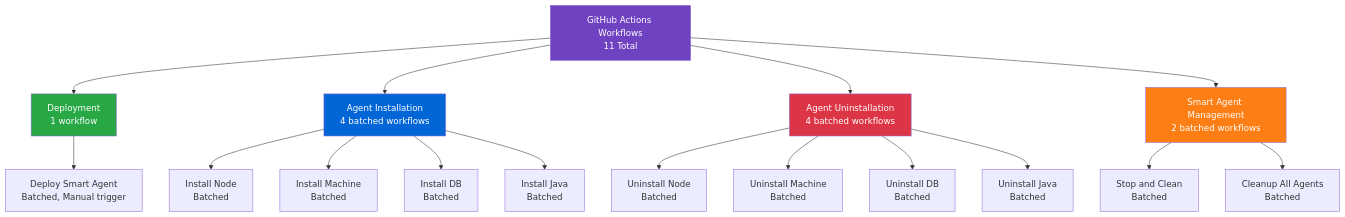
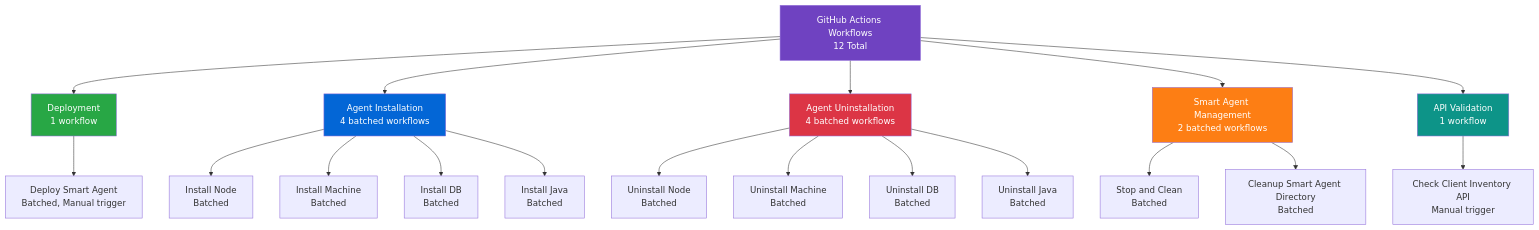
Before and after one commit to chambear2809/github-actions-lab: the fourth of 7 diagrams in ARCHITECTURE.md, drawn with Mermaid. The commit also changed other lines of this file and 24 other files, not shown here.

Commit message:
Add client inventory API checks

````diff
--- a/ARCHITECTURE.md
+++ b/ARCHITECTURE.md
@@ -94,30 +94,34 @@
 ```mermaid
 graph TD
-    Root[GitHub Actions Workflows<br/>11 Total]
+    Root[GitHub Actions Workflows<br/>12 Total]
     
     Root --> Deploy[Deployment<br/>1 workflow]
     Root --> Install[Agent Installation<br/>4 batched workflows]
     Root --> Uninstall[Agent Uninstallation<br/>4 batched workflows]
     Root --> Manage[Smart Agent Management<br/>2 batched workflows]
+    Root --> Api[API Validation<br/>1 workflow]
 
     Deploy --> D1[Deploy Smart Agent<br/>Batched, Manual trigger]
     
     Install --> I1[Install Node<br/>Batched]
     Install --> I2[Install Machine<br/>Batched]
     Install --> I3[Install DB<br/>Batched]
     Install --> I4[Install Java<br/>Batched]
     
     Uninstall --> U1[Uninstall Node<br/>Batched]
     Uninstall --> U2[Uninstall Machine<br/>Batched]
     Uninstall --> U3[Uninstall DB<br/>Batched]
     Uninstall --> U4[Uninstall Java<br/>Batched]
     
     Manage --> M1[Stop and Clean<br/>Batched]
-    Manage --> M2[Cleanup All Agents<br/>Batched]
+    Manage --> M2[Cleanup Smart Agent Directory<br/>Batched]
+
+    Api --> A1[Check Client Inventory API<br/>Manual trigger]
 
     style Root fill:#6f42c1,color:#fff
     style Deploy fill:#28a745,color:#fff
     style Install fill:#0366d6,color:#fff
     style Uninstall fill:#dc3545,color:#fff
     style Manage fill:#fd7e14,color:#fff
+    style Api fill:#0d9488,color:#fff
 ```
````
